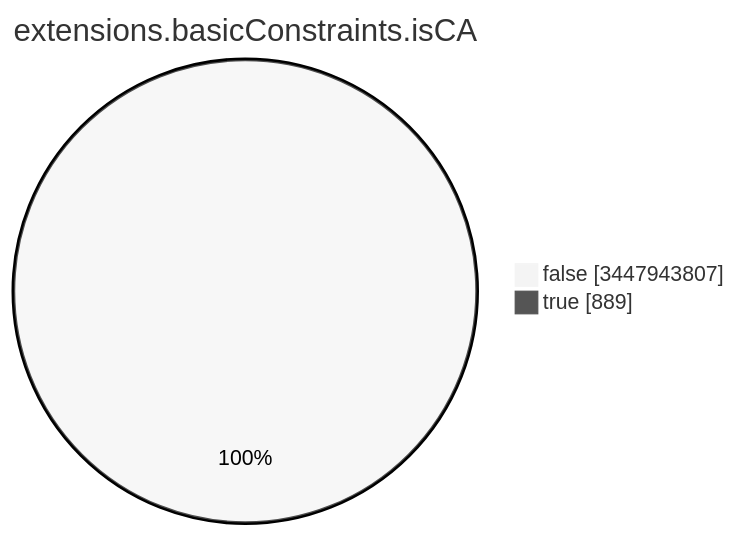
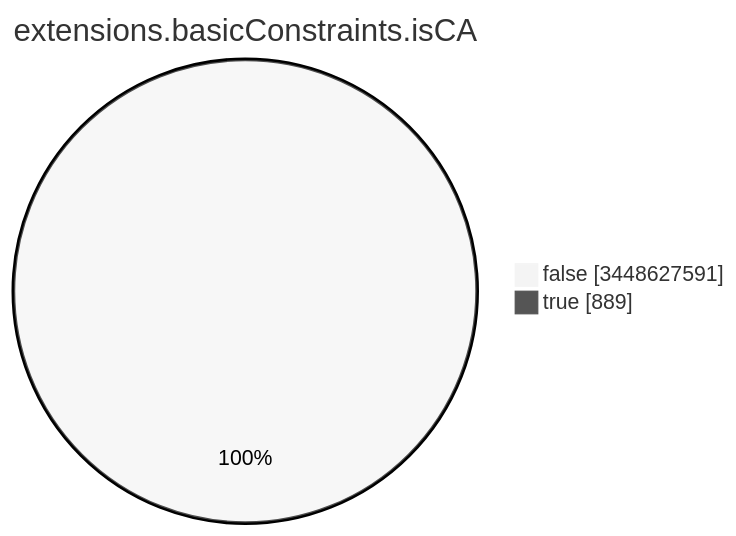
Before and after one commit to christiankrug/ctmonitor_visualization: the seventh of 15 diagrams in TOTAL/README.md, drawn with Mermaid (neutral theme). The commit also changed other lines of this file, not shown here.

````diff
--- a/TOTAL/README.md
+++ b/TOTAL/README.md
@@ -3092,6 +3092,6 @@
 ```mermaid
 pie showData
 title extensions.basicConstraints.isCA
-"false" :3447943807
+"false" :3448627591
 "true" :889
 ```
````
